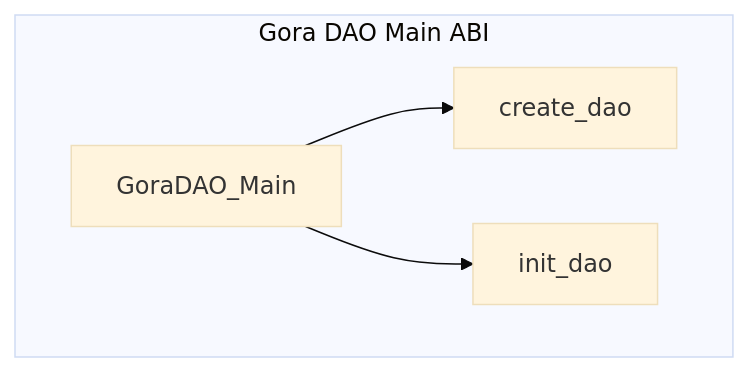
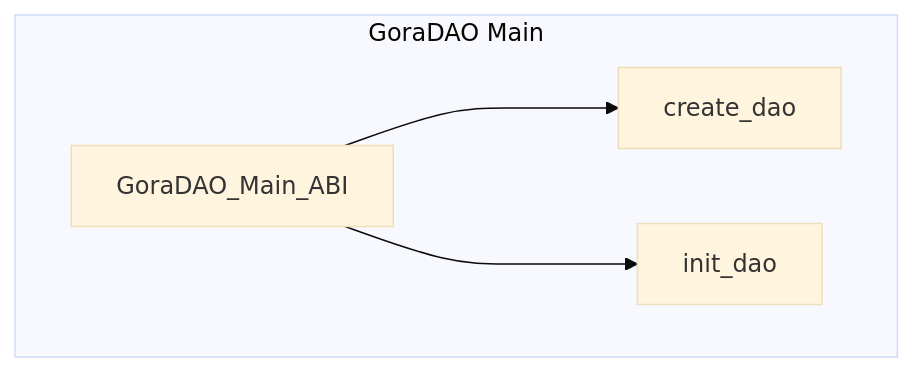
Before and after one commit to GoraNetwork/gora-dao-smartcontracts: the sixth of 6 diagrams in README.md, drawn with Mermaid (base theme).

````diff
--- a/README.md
+++ b/README.md
@@ -197,22 +197,22 @@
 ```mermaid
 
 graph TB
  
-      subgraph Gora DAO Main ABI
-            GoraDAO_Main[GoraDAO_Main]
+      subgraph GoraDAO Main
+            GoraDAO_Main[GoraDAO_Main_ABI]
             GoraDAO_Create[create_dao]
             GoraDAO_Init[init_dao]
      
       
         end
       
 
 
-      GoraDAO_Main[GoraDAO_Main] --> GoraDAO_Create
-      GoraDAO_Main[GoraDAO_Main] --> GoraDAO_Init
+      GoraDAO_Main[GoraDAO_Main_ABI] ---> GoraDAO_Create
+      GoraDAO_Main[GoraDAO_Main_ABI] ---> GoraDAO_Init
 
 
   
 
 
 ```
````
